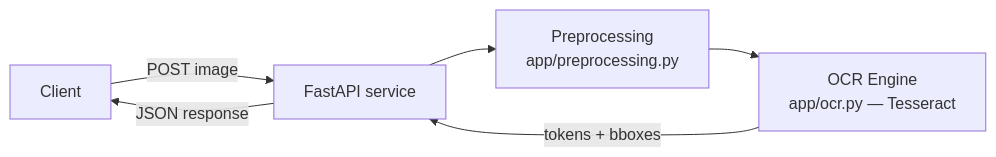
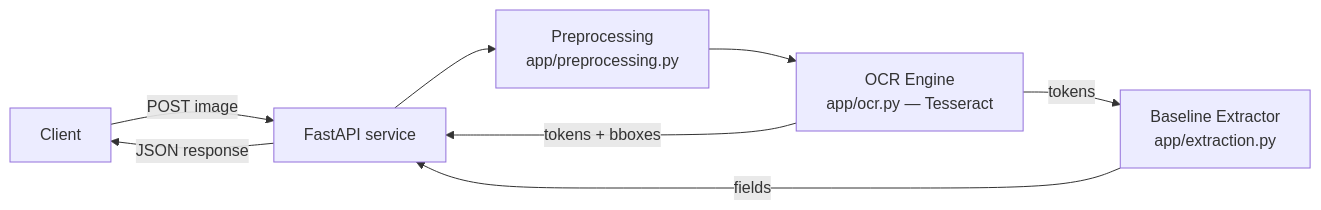
One commit to luoijin/Intelligent-document-processing-and-fraud-detection-engine changed the first of 2 diagrams in docs/CODEBASE-DOCUMENTATION.md. Above: the diagram before and after it, drawn with Mermaid. The commit also changed other lines of this file and 8 other files, not shown here.

````diff
--- a/docs/CODEBASE-DOCUMENTATION.md
+++ b/docs/CODEBASE-DOCUMENTATION.md
@@ -25,8 +26,10 @@
 ```mermaid
 flowchart LR
     Client -->|POST image| API[FastAPI service]
     API --> Pre[Preprocessing\napp/preprocessing.py]
     Pre --> OCR[OCR Engine\napp/ocr.py — Tesseract]
     OCR -->|tokens + bboxes| API
+    OCR -->|tokens| EXT[Baseline Extractor\napp/extraction.py]
+    EXT -->|fields| API
     API -->|JSON response| Client
 ```
````
